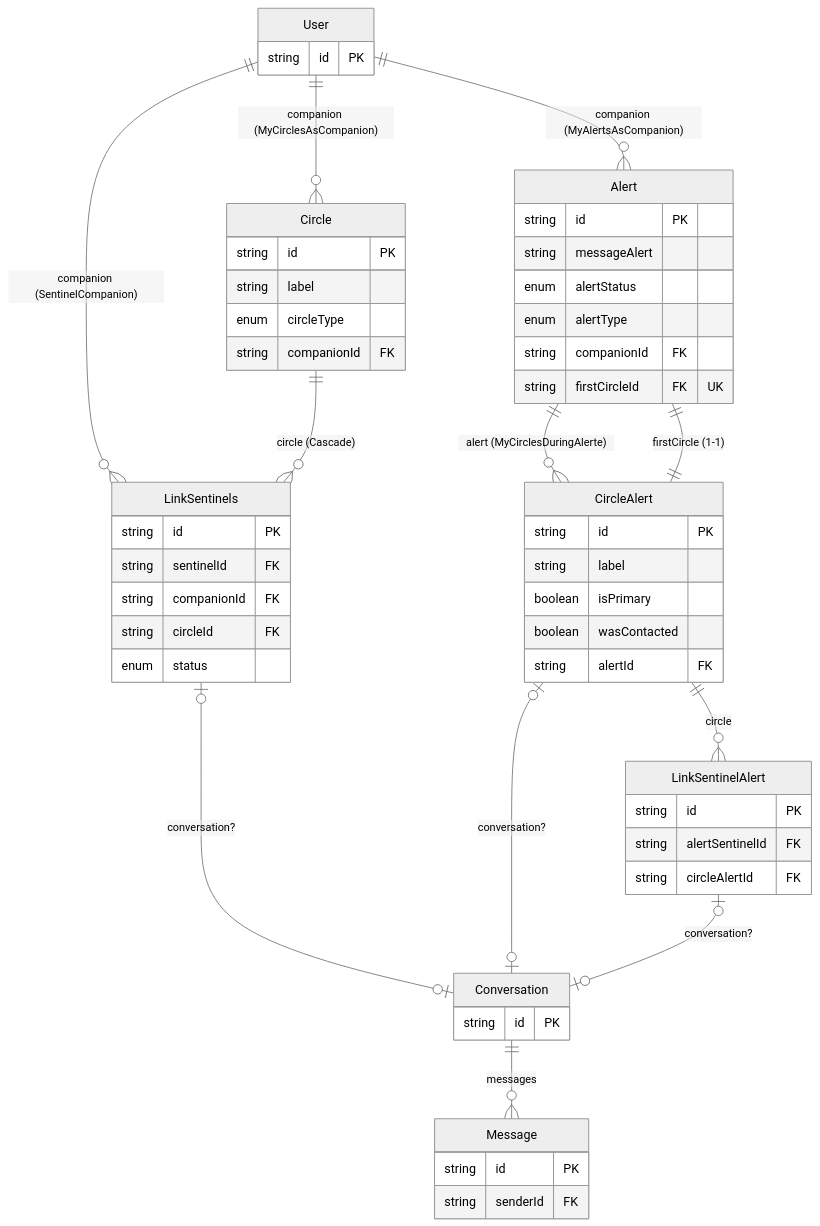
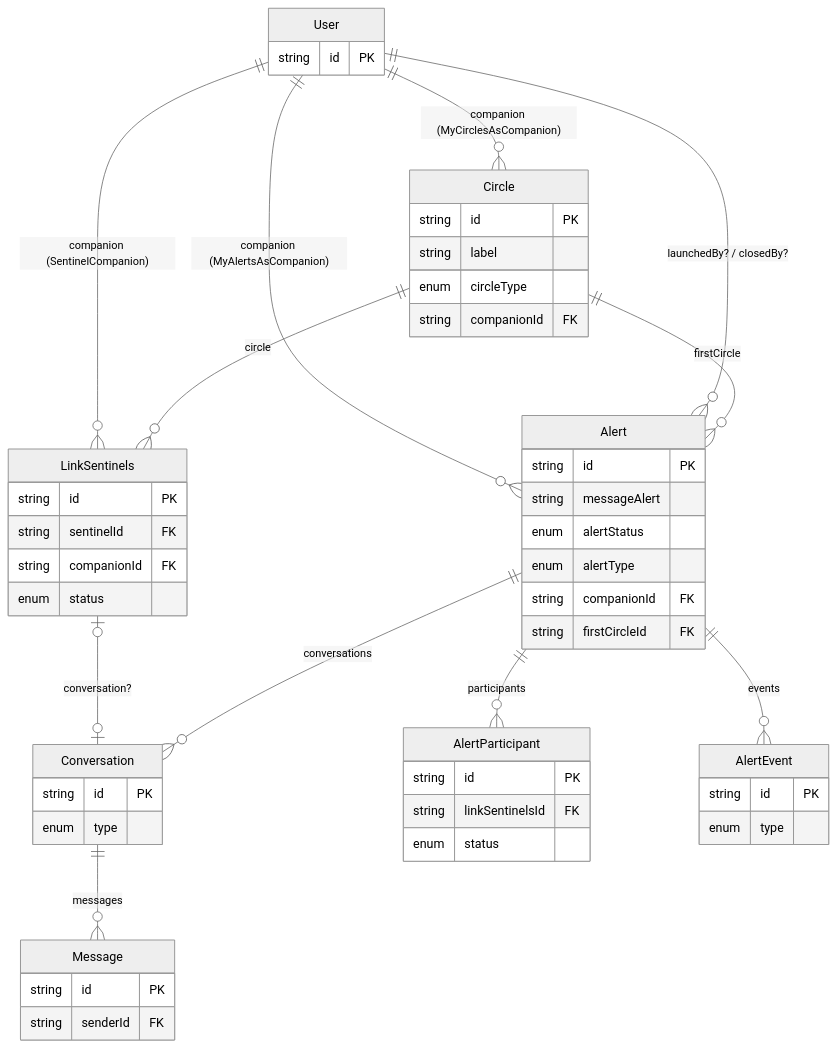
Before and after one commit to Sylvfo/MySentinelCircle: the third of 5 diagrams in backend/prisma/DB_schéma.md, drawn with Mermaid (neutral theme). The commit also changed other lines of this file and 2 other files, not shown here.

````diff
--- a/backend/prisma/DB_schéma.md
+++ b/backend/prisma/DB_schéma.md
@@ -175,58 +186,55 @@
 ```mermaid
 erDiagram
   User          ||--o{ Circle             : "companion (MyCirclesAsCompanion)"
+  User          ||--o{ LinkSentinels      : "companion (SentinelCompanion)"
   User          ||--o{ Alert              : "companion (MyAlertsAsCompanion)"
-  User          ||--o{ LinkSentinels      : "companion (SentinelCompanion)"
-  Circle        ||--o{ LinkSentinels      : "circle (Cascade)"
+  User          ||--o{ Alert              : "launchedBy? / closedBy?"
+  Circle        ||--o{ LinkSentinels      : "circle"
+  Circle        ||--o{ Alert              : "firstCircle"
   LinkSentinels |o--o| Conversation       : "conversation?"
-  Alert         ||--o{ CircleAlert        : "alert (MyCirclesDuringAlerte)"
-  CircleAlert   ||--||  Alert             : "firstCircle (1-1)"
-  CircleAlert   |o--o| Conversation       : "conversation?"
-  CircleAlert   ||--o{ LinkSentinelAlert  : "circle"
-  LinkSentinelAlert |o--o| Conversation   : "conversation?"
+  Alert         ||--o{ AlertParticipant   : "participants"
+  Alert         ||--o{ Conversation       : "conversations"
+  Alert         ||--o{ AlertEvent         : "events"
   Conversation  ||--o{ Message            : "messages"
 
   User {
     string id PK
   }
   Circle {
     string id PK
     string label
     enum   circleType
     string companionId FK
   }
+  LinkSentinels {
+    string id PK
+    string sentinelId FK
+    string companionId FK
+    enum   status
+  }
   Alert {
     string id PK
     string messageAlert
     enum   alertStatus
     enum   alertType
     string companionId FK
-    string firstCircleId FK "UK"
+    string firstCircleId FK
   }
-  LinkSentinels {
+  AlertParticipant {
     string id PK
-    string sentinelId FK
-    string companionId FK
-    string circleId FK
+    string linkSentinelsId FK
     enum   status
   }
-  CircleAlert {
+  AlertEvent {
     string id PK
-    string label
-    boolean isPrimary
-    boolean wasContacted
-    string alertId FK
-  }
-  LinkSentinelAlert {
-    string id PK
-    string alertSentinelId FK
-    string circleAlertId FK
+    enum   type
   }
   Conversation {
     string id PK
+    enum   type
   }
   Message {
     string id PK
     string senderId FK
   }
 ```
````
